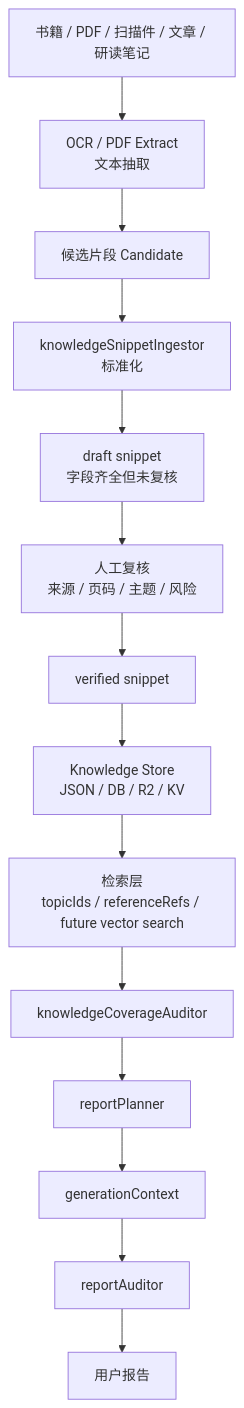
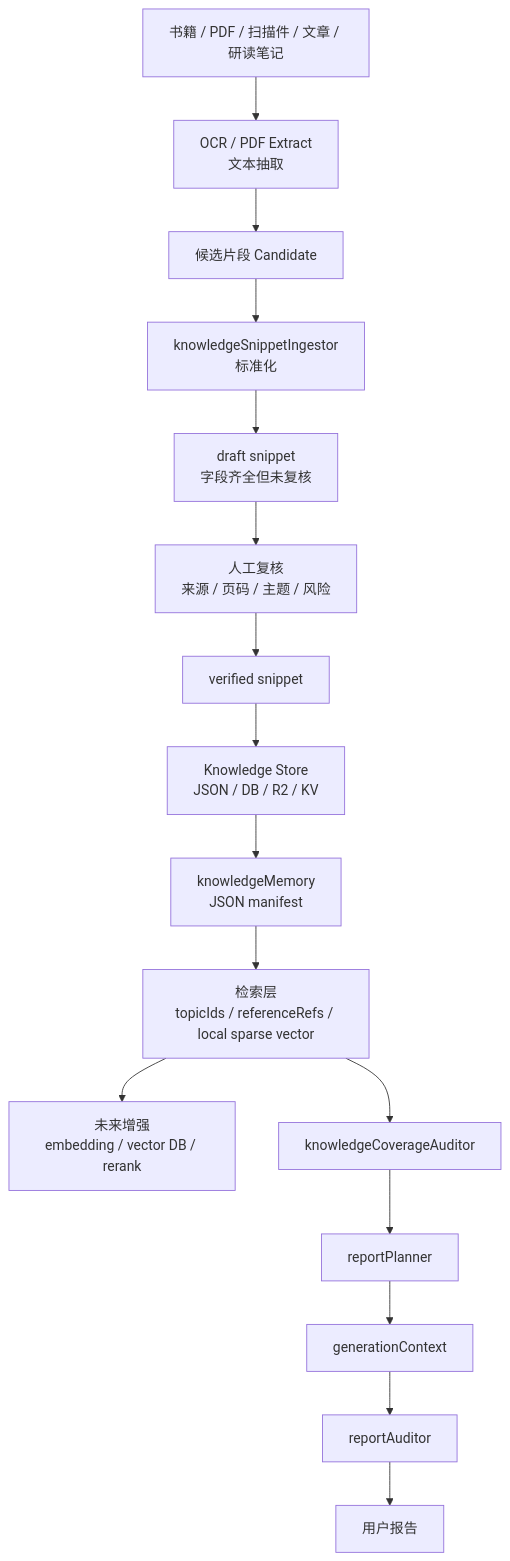
The fourth of 6 diagrams in docs/ZIWEI_AGENT_SYSTEM_ARCHITECTURE.md (BlankLife886/ziwei-agent), drawn with Mermaid before and after one commit. The commit also changed other lines of this file and 19 other files, not shown here.

Commit message:
Add knowledge memory retrieval index

````diff
--- a/docs/ZIWEI_AGENT_SYSTEM_ARCHITECTURE.md
+++ b/docs/ZIWEI_AGENT_SYSTEM_ARCHITECTURE.md
@@ -216,18 +216,20 @@
 ```mermaid
 flowchart TD
     DOC["书籍 / PDF / 扫描件 / 文章 / 研读笔记"] --> OCR["OCR / PDF Extract<br/>文本抽取"]
     OCR --> CAND["候选片段 Candidate"]
     CAND --> INGEST["knowledgeSnippetIngestor<br/>标准化"]
     INGEST --> DRAFT["draft snippet<br/>字段齐全但未复核"]
     DRAFT --> REVIEW["人工复核<br/>来源 / 页码 / 主题 / 风险"]
     REVIEW --> VERIFIED["verified snippet"]
     VERIFIED --> STORE["Knowledge Store<br/>JSON / DB / R2 / KV"]
 
-    STORE --> RETRIEVE["检索层<br/>topicIds / referenceRefs / future vector search"]
+    STORE --> MEMORY["knowledgeMemory<br/>JSON manifest"]
+    MEMORY --> RETRIEVE["检索层<br/>topicIds / referenceRefs / local sparse vector"]
+    RETRIEVE --> FUTURE["未来增强<br/>embedding / vector DB / rerank"]
     RETRIEVE --> COVERAGE["knowledgeCoverageAuditor"]
     COVERAGE --> PLAN["reportPlanner"]
     PLAN --> GENCTX["generationContext"]
 
     GENCTX --> AUDIT["reportAuditor"]
     AUDIT --> REPORT["用户报告"]
 ```
````
